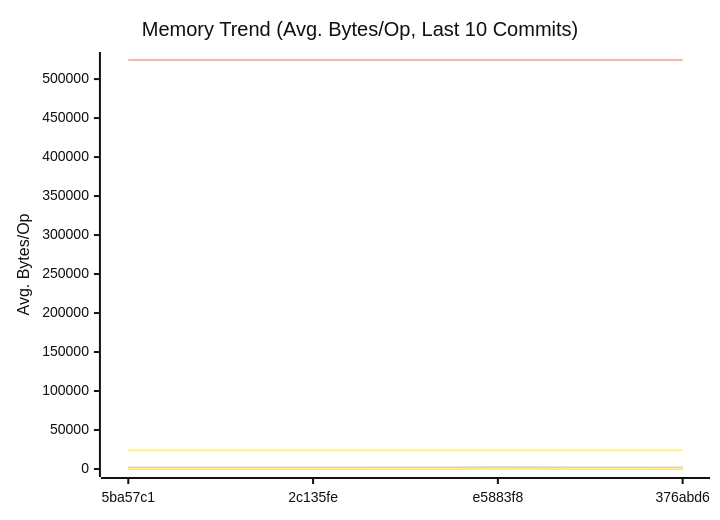
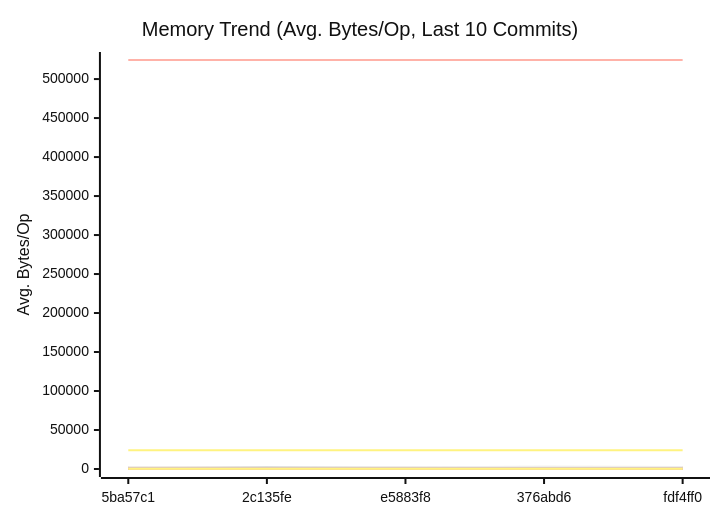
One commit to alsotoes/momo changed the second of 3 diagrams in docs/PERFORMANCE.md. Above: the diagram before and after it, drawn with Mermaid (neutral theme). The commit also changed other lines of this file and 2 other files, not shown here.

````diff
--- a/docs/PERFORMANCE.md
+++ b/docs/PERFORMANCE.md
@@ -310,44 +310,44 @@
 ```mermaid
 xychart-beta
     title "Memory Trend (Avg. Bytes/Op, Last 10 Commits)"
     x-axis "Commit"
     y-axis "Avg. Bytes/Op"
-    x-axis [5ba57c1,2c135fe,e5883f8,376abd6]
-    line "AWSChunkedReaderSigned" [126,118,88,161,167,124,108,128,114,123]
-    line "AWSChunkedReaderUnsigned" [113,112,99,161,164,139,116,147,109,121]
+    x-axis [5ba57c1,2c135fe,e5883f8,376abd6,fdf4ff0]
+    line "AWSChunkedReaderSigned" [118,88,161,167,124,108,128,114,123,127]
+    line "AWSChunkedReaderUnsigned" [112,99,161,164,139,116,147,109,121,110]
     line "CheckMetricsAndSwap" [0,0,0,0,0,0,0,0,0,0]
     line "CrushOptimized" [0,0,0,0,0,0,0,0,0,0]
     line "CrushOriginal" [164,164,164,164,164,164,164,164,164,164]
-    line "FormatListObjectsV2XML_AppendFormat" [524472,524454,524455,524439,524442,524446,524462,524483,524463,524491]
+    line "FormatListObjectsV2XML_AppendFormat" [524454,524455,524439,524442,524446,524462,524483,524463,524491,524477]
     line "FormatListObjectsV2XML_OldFormat" [24000,24000,24000,24000,24000,24000,24000,24000,24000,24000]
-    line "HashBytes/1MiB" [235,210,295,265,304,292,205,221,207,239]
-    line "HashBytes/256MiB" [222,227,257,282,305,290,229,220,189,234]
-    line "HashBytes/64MiB" [195,242,298,280,320,276,225,211,189,213]
-    line "HashFile/1MiB" [221,243,239,312,273,313,212,204,182,175]
-    line "HashFile/256MiB" [219,218,259,338,304,264,203,205,211,184]
-    line "HashFile/64MiB" [223,234,270,336,269,324,201,204,237,203]
+    line "HashBytes/1MiB" [210,295,265,304,292,205,221,207,239,189]
+    line "HashBytes/256MiB" [227,257,282,305,290,229,220,189,234,233]
+    line "HashBytes/64MiB" [242,298,280,320,276,225,211,189,213,196]
+    line "HashFile/1MiB" [243,239,312,273,313,212,204,182,175,202]
+    line "HashFile/256MiB" [218,259,338,304,264,203,205,211,184,230]
+    line "HashFile/64MiB" [234,270,336,269,324,201,204,237,203,232]
     line "IndexDirectTracking" [0,0,0,0,0,0,0,0,0,0]
     line "IndexSearch" [0,0,0,0,0,0,0,0,0,0]
     line "LastModifiedHeader_AppendFormat" [0,0,0,0,0,0,0,0,0,0]
     line "LastModifiedHeader_Format" [32,32,32,32,32,32,32,32,32,32]
     line "LoadGlobalConfig" [1976,1976,1976,1976,1976,1976,1976,1976,1976,1976]
-    line "LocalWrite/1MiB" [1920,2442,1282,1458,2352,2430,1992,1318,1899,1346]
-    line "LocalWrite/256MiB" [2231,2163,1698,2231,2851,2682,2123,1776,2213,1940]
-    line "LocalWrite/64MiB" [2205,2167,1927,2401,2788,2594,2044,1265,2063,1863]
+    line "LocalWrite/1MiB" [2442,1282,1458,2352,2430,1992,1318,1899,1346,1995]
+    line "LocalWrite/256MiB" [2163,1698,2231,2851,2682,2123,1776,2213,1940,2087]
+    line "LocalWrite/64MiB" [2167,1927,2401,2788,2594,2044,1265,2063,1863,1888]
     line "PadString" [64,64,64,64,64,64,64,64,64,64]
     line "ParseReplicationOrder_NoPrealloc" [408,408,408,408,408,248,248,248,248,248]
     line "ParseReplicationOrder_Prealloc" [240,240,240,240,240,80,80,80,80,80]
     line "Placement" [352,352,352,352,352,352,352,352,352,352]
     line "PlacementDomainSpread" [352,352,352,352,352,352,352,352,352,352]
-    line "ReadVerify/1MiB" [206,214,172,334,276,292,235,206,264,221]
-    line "ReadVerify/256MiB" [238,281,190,268,334,304,216,201,233,215]
-    line "ReadVerify/64MiB" [217,213,200,313,289,245,165,200,233,217]
-    line "S3PutSpool/1MiB" [207,221,160,277,241,233,181,162,207,157]
-    line "S3PutSpool/256MiB" [178,219,235,247,254,258,182,190,202,165]
-    line "S3PutSpool/64MiB" [243,247,177,273,230,242,175,170,238,183]
+    line "ReadVerify/1MiB" [214,172,334,276,292,235,206,264,221,222]
+    line "ReadVerify/256MiB" [281,190,268,334,304,216,201,233,215,188]
+    line "ReadVerify/64MiB" [213,200,313,289,245,165,200,233,217,201]
+    line "S3PutSpool/1MiB" [221,160,277,241,233,181,162,207,157,170]
+    line "S3PutSpool/256MiB" [219,235,247,254,258,182,190,202,165,171]
+    line "S3PutSpool/64MiB" [247,177,273,230,242,175,170,238,183,173]
     line "SanitizeLog/Safe" [0,0,0,0,0,0,0,0,0,0]
     line "SanitizeLog/Unsafe" [704,704,704,704,704,704,704,704,704,704]
-    line "TrustedRead/1MiB" [223,233,286,297,309,258,162,184,216,228]
-    line "TrustedRead/256MiB" [250,265,163,303,311,285,186,175,219,190]
-    line "TrustedRead/64MiB" [256,267,198,308,293,274,201,160,199,226]
+    line "TrustedRead/1MiB" [233,286,297,309,258,162,184,216,228,174]
+    line "TrustedRead/256MiB" [265,163,303,311,285,186,175,219,190,237]
+    line "TrustedRead/64MiB" [267,198,308,293,274,201,160,199,226,173]
 ```
````
